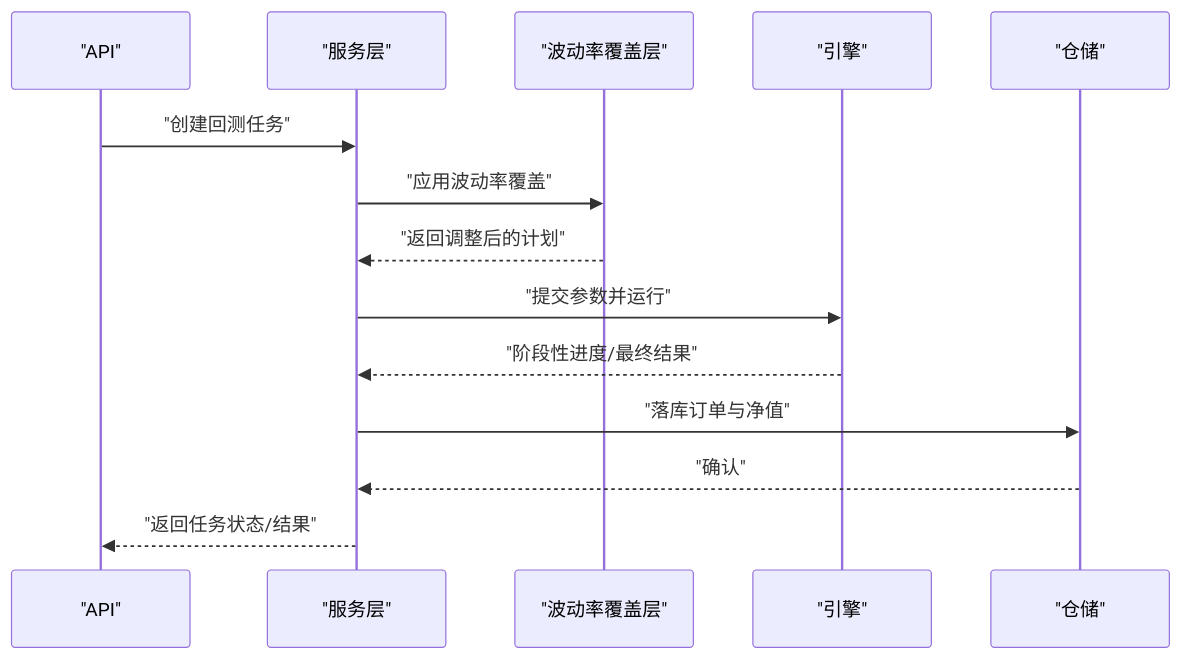
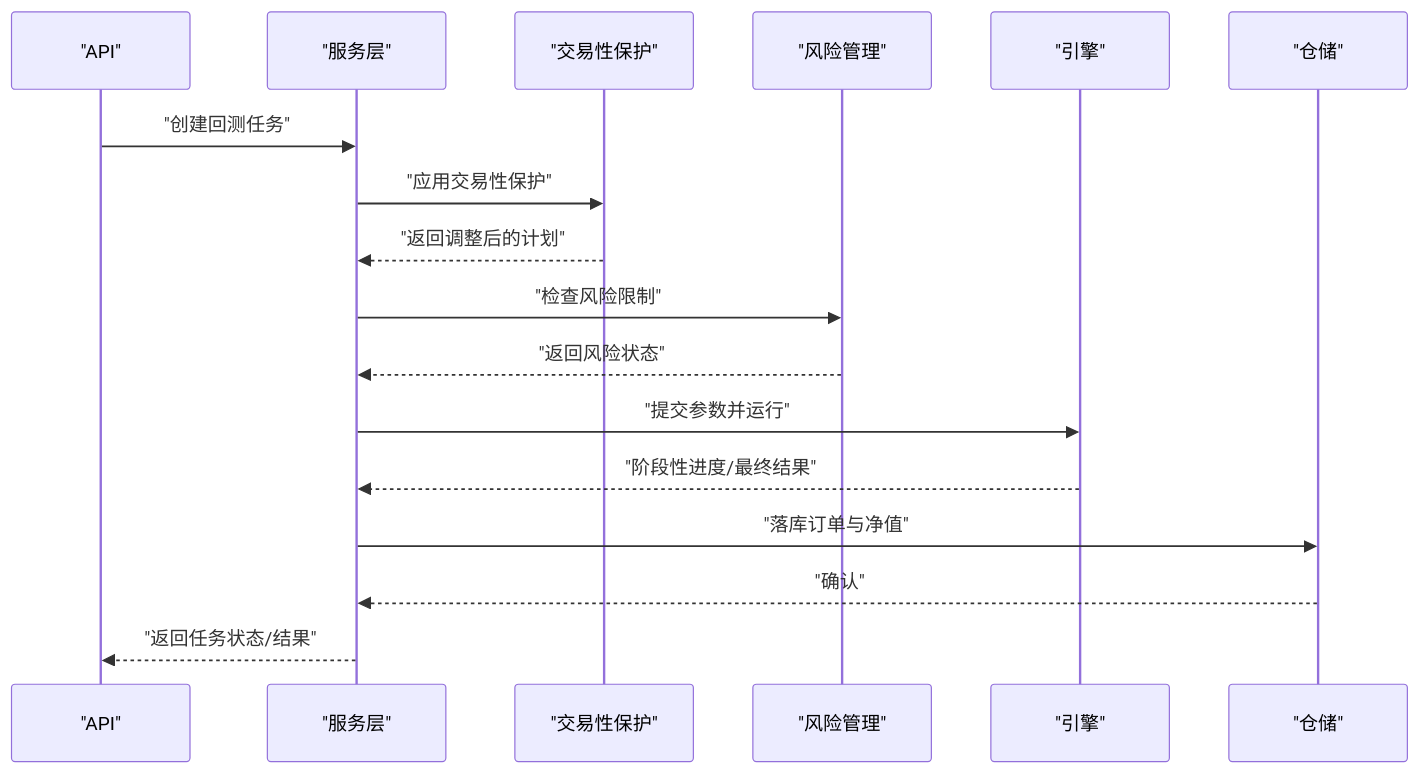
The ninth of 10 diagrams in .qoder/repowiki/zh/content/交易策略系统/回测引擎/回测引擎.md (anYaoooo/daily_stock_analysis), drawn with Mermaid before and after one commit. The commit also changed other lines of this file and 140 other files, not shown here.

````diff
--- a/.qoder/repowiki/zh/content/交易策略系统/回测引擎/回测引擎.md
+++ b/.qoder/repowiki/zh/content/交易策略系统/回测引擎/回测引擎.md
@@ -340,16 +428,19 @@
 ```mermaid
 sequenceDiagram
 participant API as "API"
 participant Svc as "服务层"
-participant Overlay as "波动率覆盖层"
+participant TradeGuard as "交易性保护"
+participant RiskMgr as "风险管理"
 participant Eng as "引擎"
 participant Repo as "仓储"
 API->>Svc : "创建回测任务"
-Svc->>Overlay : "应用波动率覆盖"
-Overlay-->>Svc : "返回调整后的计划"
+Svc->>TradeGuard : "应用交易性保护"
+TradeGuard-->>Svc : "返回调整后的计划"
+Svc->>RiskMgr : "检查风险限制"
+RiskMgr-->>Svc : "返回风险状态"
 Svc->>Eng : "提交参数并运行"
 Eng-->>Svc : "阶段性进度/最终结果"
 Svc->>Repo : "落库订单与净值"
 Repo-->>Svc : "确认"
 Svc-->>API : "返回任务状态/结果"
 ```
````
